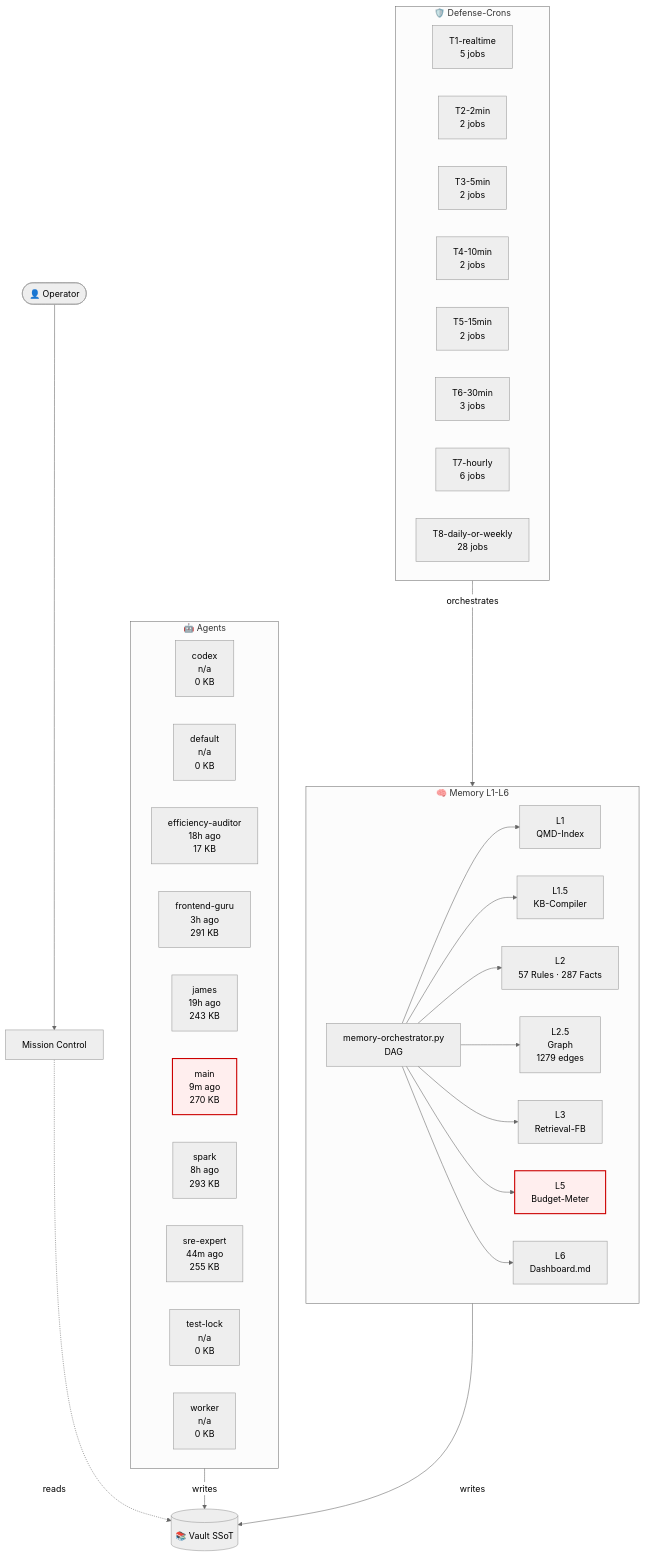
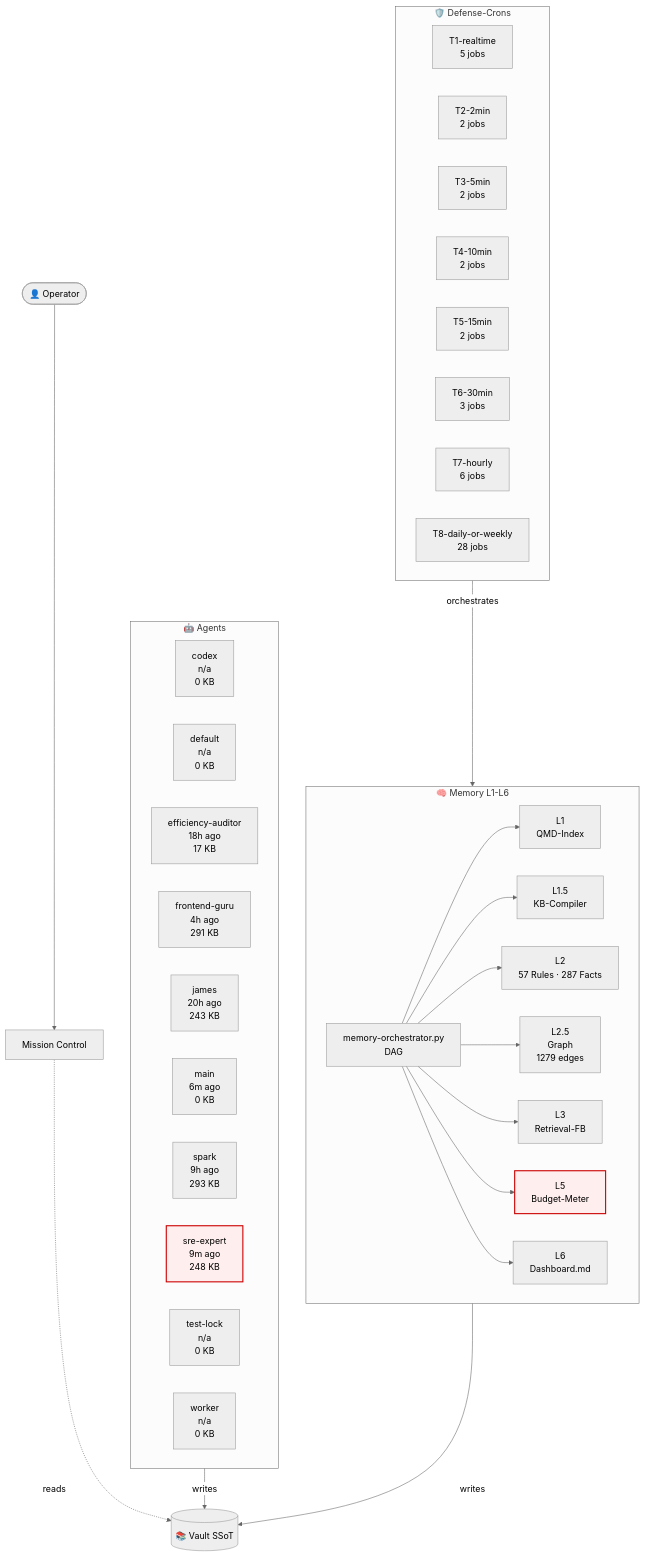
The diagram in 03-Agents/architecture-live.md (lenardhuebner88-rgb/openclaw-memory), drawn with Mermaid (neutral theme) before and after one commit. The commit also changed other lines of this file and 3 other files, not shown here.

````diff
--- a/03-Agents/architecture-live.md
+++ b/03-Agents/architecture-live.md
@@ -18,53 +18,53 @@
 ```mermaid
 flowchart TB
     classDef critical fill:#fee,stroke:#c00,stroke-width:2px;
     subgraph AGT["🤖 Agents"]
         agent_codex["codex<br/>n/a<br/>0 KB"]
         agent_default["default<br/>n/a<br/>0 KB"]
         agent_efficiency_auditor["efficiency-auditor<br/>18h ago<br/>17 KB"]
-        agent_frontend_guru["frontend-guru<br/>3h ago<br/>291 KB"]
-        agent_james["james<br/>19h ago<br/>243 KB"]
-        agent_main["main<br/>9m ago<br/>270 KB"]
-        agent_spark["spark<br/>8h ago<br/>293 KB"]
-        agent_sre_expert["sre-expert<br/>44m ago<br/>255 KB"]
+        agent_frontend_guru["frontend-guru<br/>4h ago<br/>291 KB"]
+        agent_james["james<br/>20h ago<br/>243 KB"]
+        agent_main["main<br/>6m ago<br/>0 KB"]
+        agent_spark["spark<br/>9h ago<br/>293 KB"]
+        agent_sre_expert["sre-expert<br/>9m ago<br/>248 KB"]
         agent_test_lock["test-lock<br/>n/a<br/>0 KB"]
         agent_worker["worker<br/>n/a<br/>0 KB"]
     end
     subgraph MEM["🧠 Memory L1-L6"]
         L1["L1<br/>QMD-Index"]
         L15["L1.5<br/>KB-Compiler"]
         L2["L2<br/>57 Rules · 287 Facts"]
         L25["L2.5<br/>Graph<br/>1279 edges"]
         L3["L3<br/>Retrieval-FB"]
         L5["L5<br/>Budget-Meter"]
         L6["L6<br/>Dashboard.md"]
         ORCH["memory-orchestrator.py<br/>DAG"]
     end
     subgraph CRN["🛡️ Defense-Crons"]
         tier_T1_realtime["T1-realtime<br/>5 jobs"]
         tier_T2_2min["T2-2min<br/>2 jobs"]
         tier_T3_5min["T3-5min<br/>2 jobs"]
         tier_T4_10min["T4-10min<br/>2 jobs"]
         tier_T5_15min["T5-15min<br/>2 jobs"]
         tier_T6_30min["T6-30min<br/>3 jobs"]
         tier_T7_hourly["T7-hourly<br/>6 jobs"]
         tier_T8_daily_or_weekly["T8-daily-or-weekly<br/>28 jobs"]
     end
     VAULT[("📚 Vault SSoT")]
     OP([👤 Operator])
     MC["Mission Control"]
     OP --> MC
     MC -.reads.-> VAULT
     AGT -->|writes| VAULT
     MEM -->|writes| VAULT
     ORCH --> L1
     ORCH --> L15
     ORCH --> L2
     ORCH --> L25
     ORCH --> L3
     ORCH --> L5
     ORCH --> L6
     CRN -->|orchestrates| MEM
     class L5 critical
-    class agent_main critical
+    class agent_sre_expert critical
 ```
````
